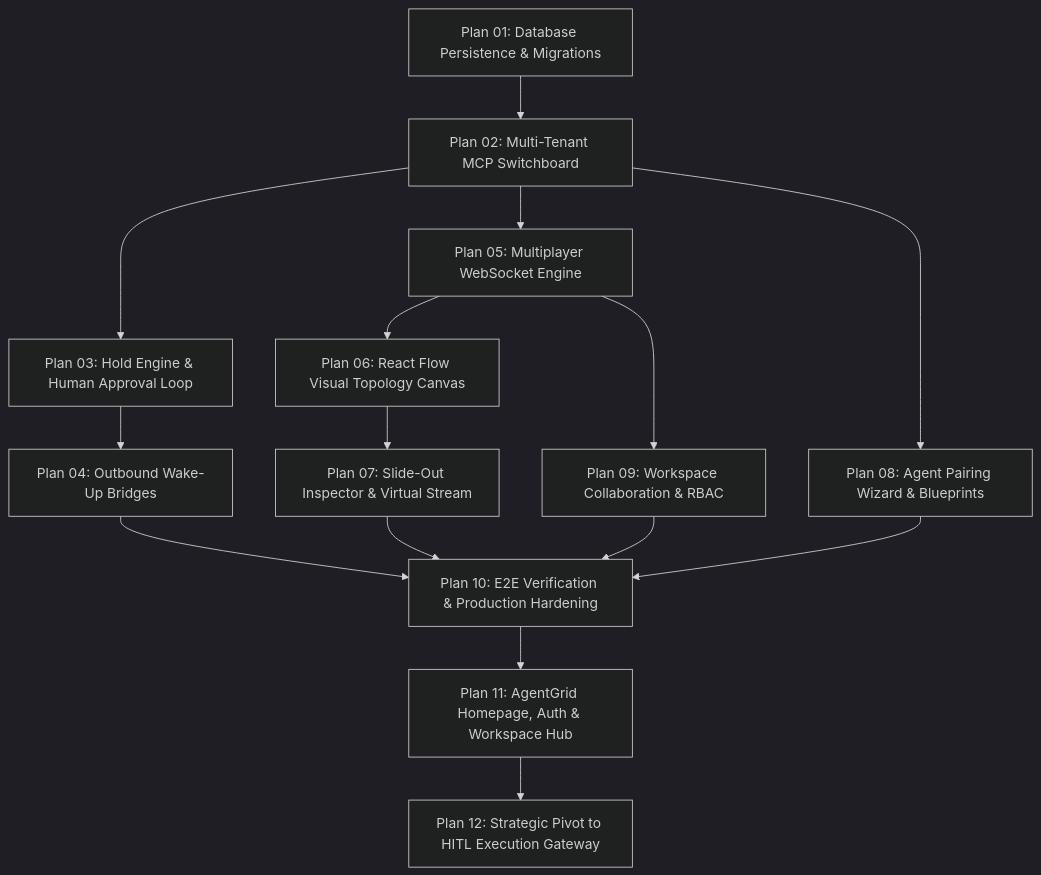
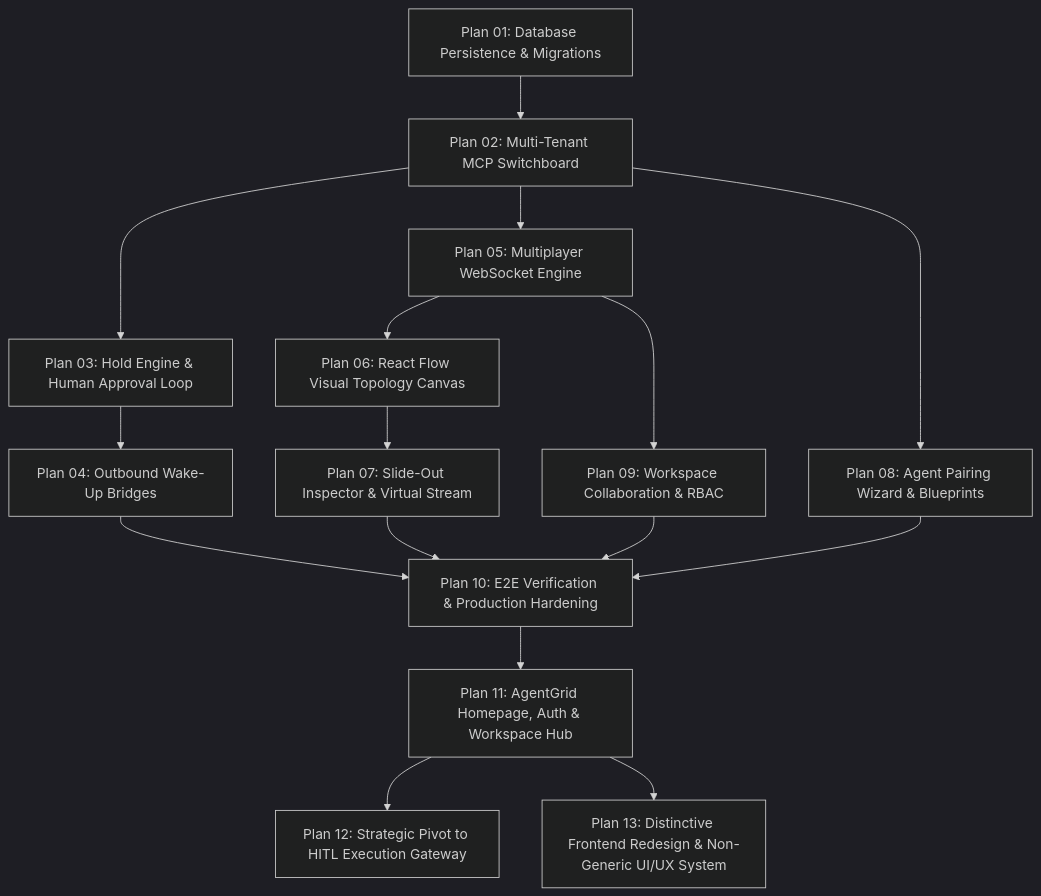
The diagram in plans/README.md (Souheil007/Dotdeck), drawn with Mermaid (dark theme) before and after one commit. The commit also changed other lines of this file and 1 other file, not shown here.

Commit message:
docs(plans): add plan 13 for distinctive frontend redesign and UI/UX system

````diff
--- a/plans/README.md
+++ b/plans/README.md
@@ -11,14 +11,15 @@
 ```mermaid
 flowchart TD
     P01["Plan 01: Database Persistence & Migrations"] --> P02["Plan 02: Multi-Tenant MCP Switchboard"]
     P02 --> P03["Plan 03: Hold Engine & Human Approval Loop"]
     P03 --> P04["Plan 04: Outbound Wake-Up Bridges"]
     P02 --> P05["Plan 05: Multiplayer WebSocket Engine"]
     P05 --> P06["Plan 06: React Flow Visual Topology Canvas"]
     P06 --> P07["Plan 07: Slide-Out Inspector & Virtual Stream"]
     P02 --> P08["Plan 08: Agent Pairing Wizard & Blueprints"]
     P05 --> P09["Plan 09: Workspace Collaboration & RBAC"]
     P04 & P07 & P08 & P09 --> P10["Plan 10: E2E Verification & Production Hardening"]
     P10 --> P11["Plan 11: AgentGrid Homepage, Auth & Workspace Hub"]
     P11 --> P12["Plan 12: Strategic Pivot to HITL Execution Gateway"]
+    P11 --> P13["Plan 13: Distinctive Frontend Redesign & Non-Generic UI/UX System"]
 ```
````
